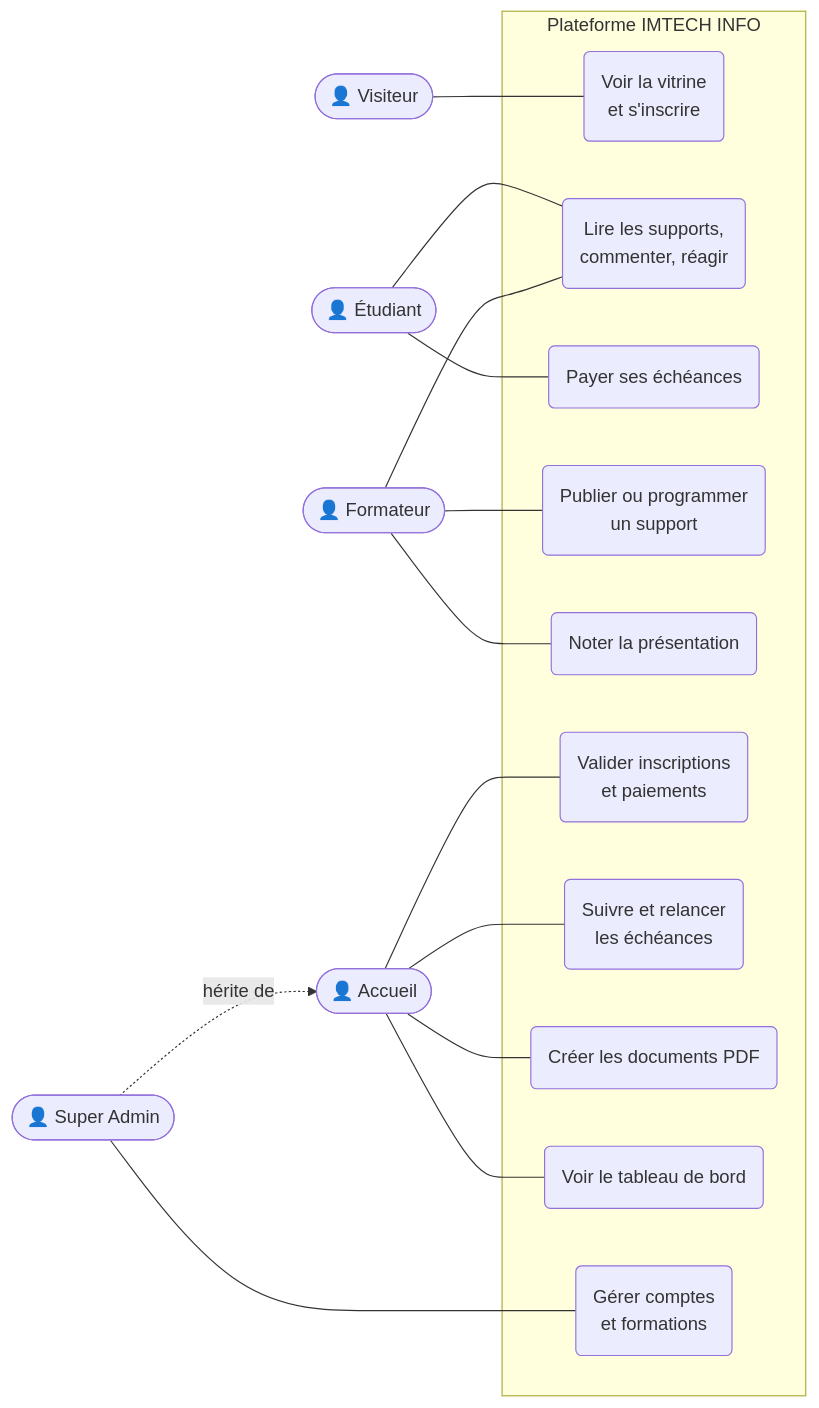
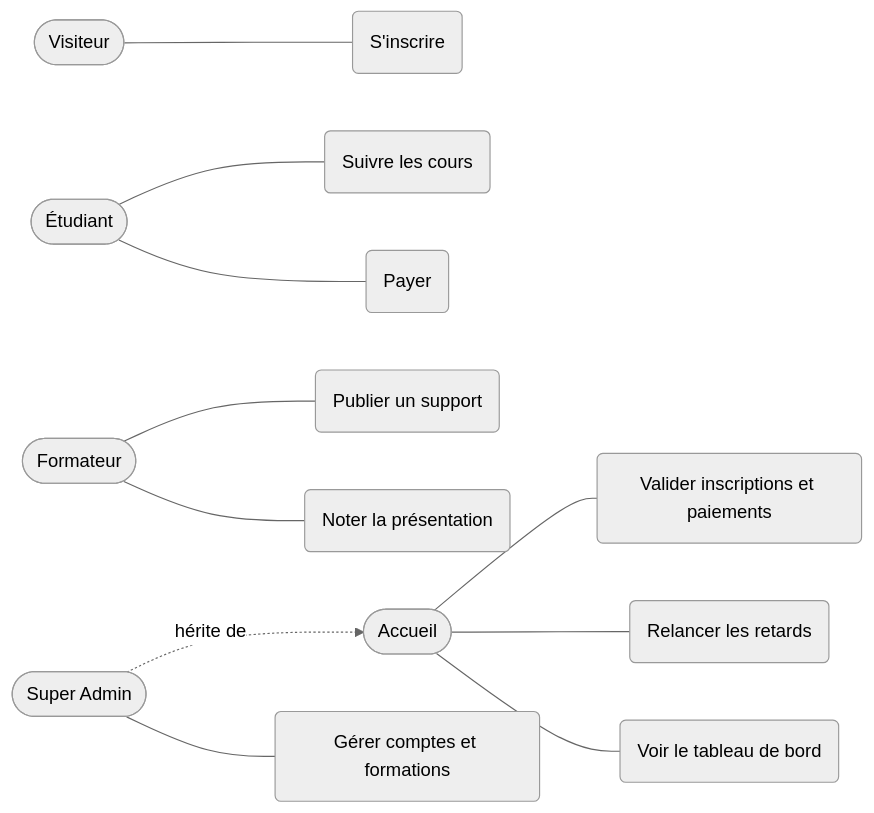
The fourth of 9 diagrams in FLUX-MEMOIRE.md (eliaTolojanahary/gestionFormation_stage), drawn with Mermaid before and after one commit. The commit also changed other lines of this file and 163 other files, not shown here.

````diff
--- a/FLUX-MEMOIRE.md
+++ b/FLUX-MEMOIRE.md
@@ -458,34 +744,14 @@
 ```mermaid
+%%{init: {'theme':'neutral'}}%%
 flowchart LR
-    V(["👤 Visiteur"])
-    E(["👤 Étudiant"])
-    F(["👤 Formateur"])
-    AC(["👤 Accueil"])
-    SA(["👤 Super Admin"])
-
-    subgraph P["Plateforme IMTECH INFO"]
-        UC1("Voir la vitrine<br/>et s'inscrire")
-        UC2("Lire les supports,<br/>commenter, réagir")
-        UC3("Payer ses échéances")
-        UC4("Publier ou programmer<br/>un support")
-        UC5("Noter la présentation")
-        UC6("Valider inscriptions<br/>et paiements")
-        UC7("Suivre et relancer<br/>les échéances")
-        UC8("Créer les documents PDF")
-        UC9("Voir le tableau de bord")
-        UC10("Gérer comptes<br/>et formations")
-    end
-
-    V --- UC1
-    E --- UC2
-    E --- UC3
-    F --- UC2
-    F --- UC4
-    F --- UC5
-    AC --- UC6
-    AC --- UC7
-    AC --- UC8
-    AC --- UC9
-    SA --- UC10
-    SA -. "hérite de" .-> AC
+    V([Visiteur]) --- UC1(S'inscrire)
+    E([Étudiant]) --- UC2(Suivre les cours)
+    E --- UC3(Payer)
+    F([Formateur]) --- UC4(Publier un support)
+    F --- UC5(Noter la présentation)
+    AC([Accueil]) --- UC6(Valider inscriptions et paiements)
+    AC --- UC7(Relancer les retards)
+    AC --- UC8(Voir le tableau de bord)
+    SA([Super Admin]) --- UC9(Gérer comptes et formations)
+    SA -. hérite de .-> AC
 ```
````
